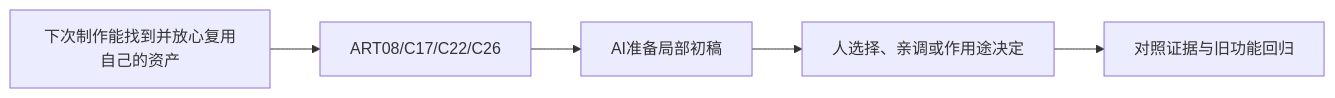
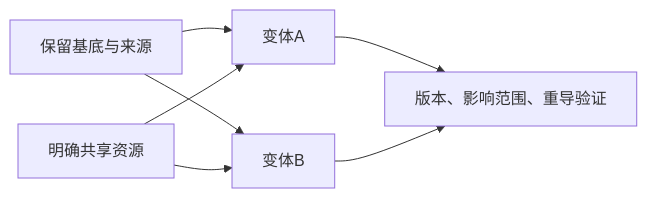
One commit to Zilur/ai-3d-game-learning changed the diagram in curriculum/lessons/R07.md. Above: the diagram before and after it, drawn with Mermaid. The commit also changed other lines of this file and 164 other files, not shown here.

Commit message:
docs: publish 47 step-by-step AI lesson flows, world upgrade and optional training corner

````diff
--- a/curriculum/lessons/R07.md
+++ b/curriculum/lessons/R07.md
@@ -38,7 +35,9 @@
 ```mermaid
 flowchart LR
-  S["下次制作能找到并放心复用自己的资产"] --> K["ART08/C17/C22/C26"]
-  K --> AI["AI准备局部初稿"]
-  AI --> H["人选择、亲调或作用途决定"]
-  H --> V["对照证据与旧功能回归"]
+ B["保留基底与来源"] --> V1["变体A"]
+ B --> V2["变体B"]
+ R["明确共享资源"] --> V1
+ R --> V2
+ V1 --> Q["版本、影响范围、重导验证"]
+ V2 --> Q
 ```
````
